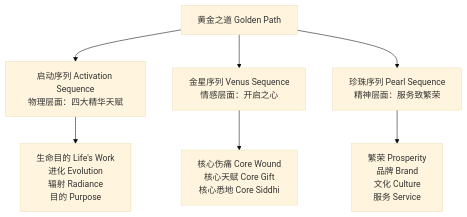
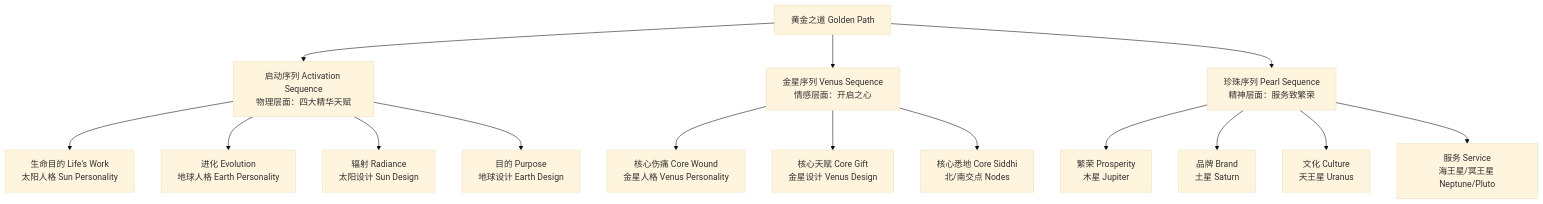
Before and after one commit to OpenDocCN1/mystery-llm-wiki: the first of 2 diagrams in pages/gene-keys-golden-path.md, drawn with Mermaid (base theme). The commit also changed other lines of this file, not shown here.

````diff
--- a/pages/gene-keys-golden-path.md
+++ b/pages/gene-keys-golden-path.md
@@ -49,9 +49,17 @@
 ```mermaid
 graph TD
     A[黄金之道 Golden Path] --> B[启动序列 Activation Sequence<br/>物理层面：四大精华天赋]
     A --> C[金星序列 Venus Sequence<br/>情感层面：开启之心]
     A --> D[珍珠序列 Pearl Sequence<br/>精神层面：服务致繁荣]
-    B --> E[生命目的 Life's Work<br/>进化 Evolution<br/>辐射 Radiance<br/>目的 Purpose]
-    C --> F[核心伤痛 Core Wound<br/>核心天赋 Core Gift<br/>核心悉地 Core Siddhi]
-    D --> G[繁荣 Prosperity<br/>品牌 Brand<br/>文化 Culture<br/>服务 Service]
+    B --> E[生命目的 Life's Work<br/>太阳人格 Sun Personality]
+    B --> F[进化 Evolution<br/>地球人格 Earth Personality]
+    B --> G[辐射 Radiance<br/>太阳设计 Sun Design]
+    B --> H[目的 Purpose<br/>地球设计 Earth Design]
+    C --> I[核心伤痛 Core Wound<br/>金星人格 Venus Personality]
+    C --> J[核心天赋 Core Gift<br/>金星设计 Venus Design]
+    C --> K[核心悉地 Core Siddhi<br/>北/南交点 Nodes]
+    D --> L[繁荣 Prosperity<br/>木星 Jupiter]
+    D --> M[品牌 Brand<br/>土星 Saturn]
+    D --> N[文化 Culture<br/>天王星 Uranus]
+    D --> O[服务 Service<br/>海王星/冥王星 Neptune/Pluto]
 ```
````
